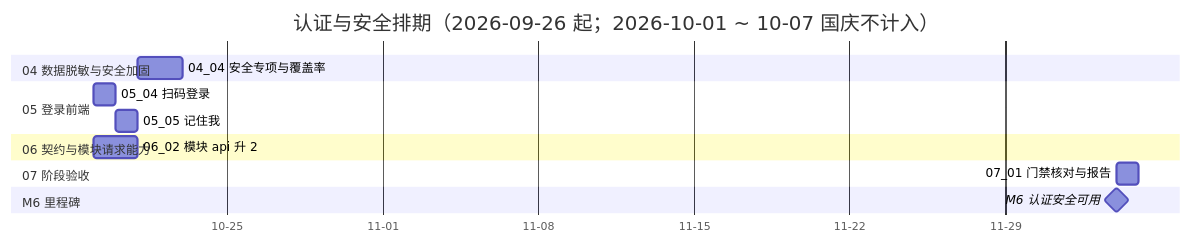
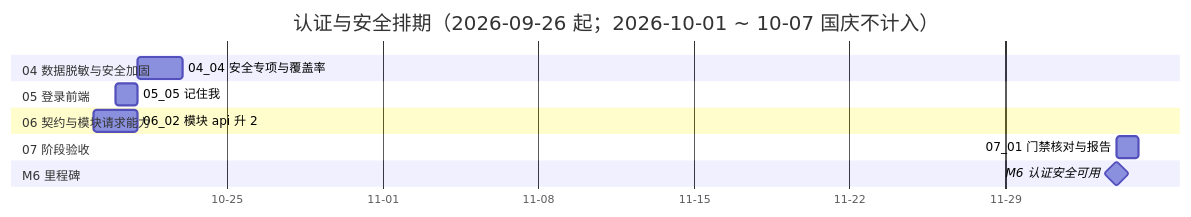
The diagram in bms文档/项目/06_认证与安全/计划/01_计划_认证与安全.md (minjian123/basic-management-system), drawn with Mermaid before and after one commit. The commit also changed other lines of this file and 7 other files, not shown here.

````diff
--- a/bms文档/项目/06_认证与安全/计划/01_计划_认证与安全.md
+++ b/bms文档/项目/06_认证与安全/计划/01_计划_认证与安全.md
@@ -82,17 +82,16 @@
 ```mermaid
 gantt
     title 认证与安全排期（2026-09-26 起；2026-10-01 ~ 10-07 国庆不计入）
     dateFormat  YYYY-MM-DD
     axisFormat %m-%d
     section 04 数据脱敏与安全加固
     04_04 安全专项与覆盖率 :d4, 2026-10-21, 2d
     section 05 登录前端
-    05_04 扫码登录 :e4, 2026-10-19, 1d
     05_05 记住我 :e5, 2026-10-20, 1d
     section 06 契约与模块请求能力
     06_02 模块 api 升 2 :f2, 2026-10-19, 2d
     section 07 阶段验收
     07_01 门禁核对与报告 :g1, 2026-12-04, 1d
     section M6 里程碑
     M6 认证安全可用 :milestone, mm6, 2026-12-04, 0d
 ```
````
